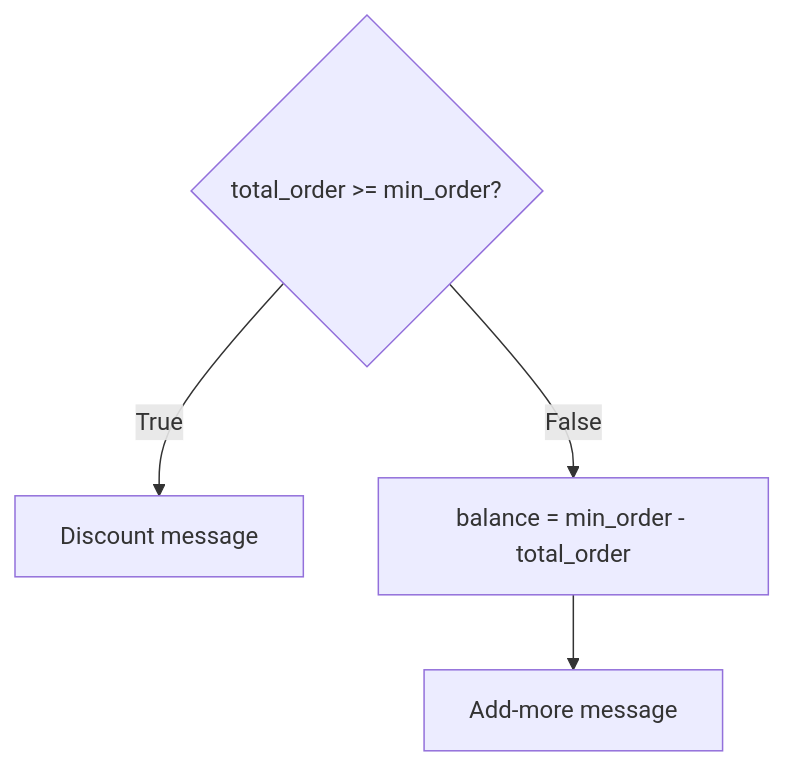
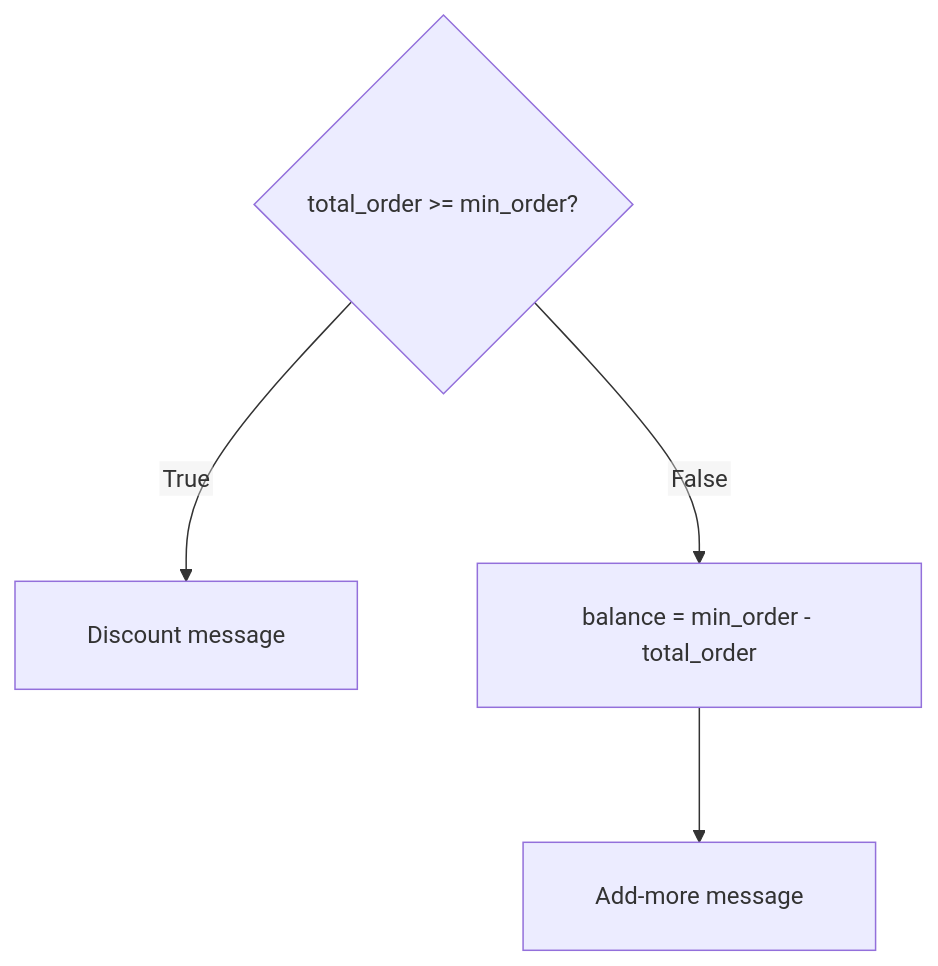
Before and after one commit to ABVenu/salcurriculum: the seventh of 7 diagrams in SAL-2026/Python Basics - English/S02/NotesPresentation.md, drawn with Mermaid. The commit also changed other lines of this file and 820 other files, not shown here.

````diff
--- a/SAL-2026/Python Basics - English/S02/NotesPresentation.md
+++ b/SAL-2026/Python Basics - English/S02/NotesPresentation.md
@@ -448,7 +605,8 @@
 ```mermaid
+%%{init: {"flowchart": {"htmlLabels": false, "curve": "basis", "padding": 24, "nodeSpacing": 80, "rankSpacing": 90, "diagramPadding": 48}}}%%
 flowchart TB
-    C{total_order >= min_order?}
-    C -->|True| D[Discount message]
-    C -->|False| B["balance = min_order - total_order"]
-    B --> M[Add-more message]
+    C{"  total_order >= min_order?  "}
+    C -->|"  True  "| D["  Discount message  "]
+    C -->|"  False  "| B["  balance = min_order - total_order  "]
+    B --> M["  Add-more message  "]
 ```
````
